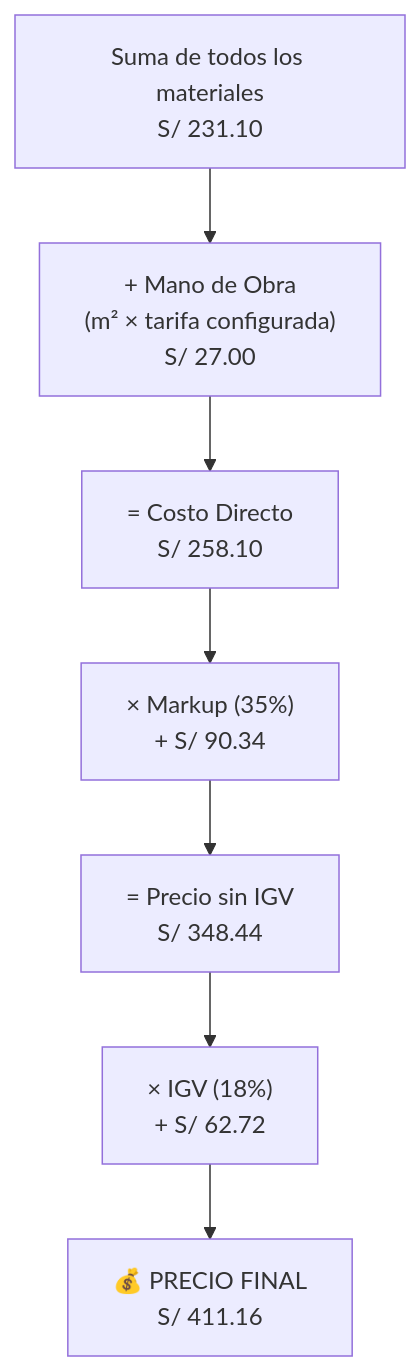
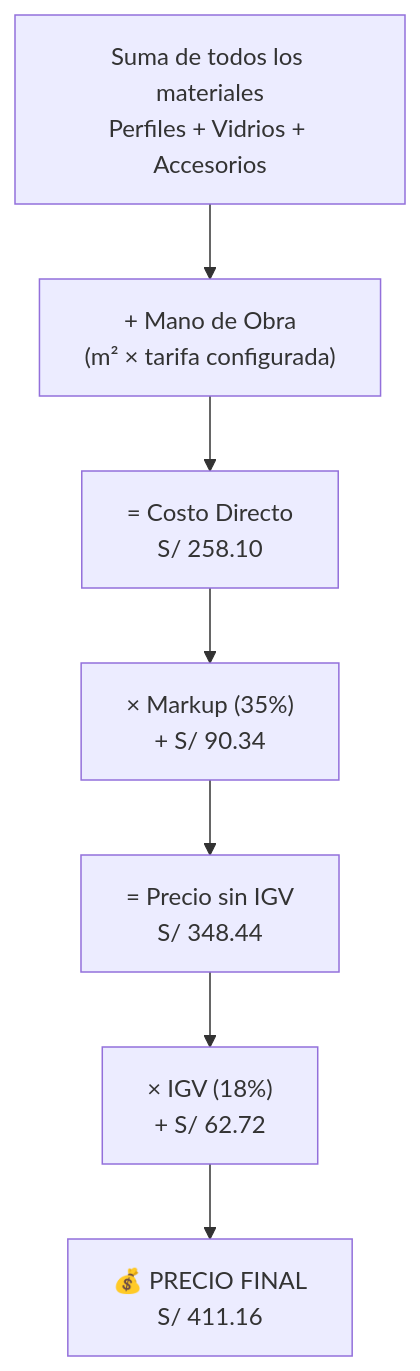
One commit to redentor159/sistema-erp-inventario changed the fifth of 9 diagrams in docs/tutoriales/T02_TUTORIAL_COTIZACIONES.md. Above: the diagram before and after it, drawn with Mermaid. The commit also changed other lines of this file and 17 other files, not shown here.

````diff
--- a/docs/tutoriales/T02_TUTORIAL_COTIZACIONES.md
+++ b/docs/tutoriales/T02_TUTORIAL_COTIZACIONES.md
@@ -275,9 +368,9 @@
 ```mermaid
 flowchart TD
-    A["Suma de todos los materiales<br/>S/ 231.10"] --> B["+ Mano de Obra<br/>(m² × tarifa configurada)<br/>S/ 27.00"]
+    A["Suma de todos los materiales<br/>Perfiles + Vidrios + Accesorios"] --> B["+ Mano de Obra<br/>(m² × tarifa configurada)"]
     B --> C["= Costo Directo<br/>S/ 258.10"]
     C --> D["× Markup (35%)<br/>+ S/ 90.34"]
     D --> E["= Precio sin IGV<br/>S/ 348.44"]
     E --> F["× IGV (18%)<br/>+ S/ 62.72"]
     F --> G["💰 PRECIO FINAL<br/>S/ 411.16"]
 ```
````
